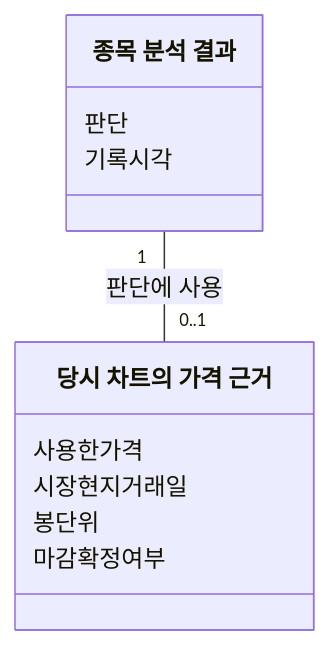
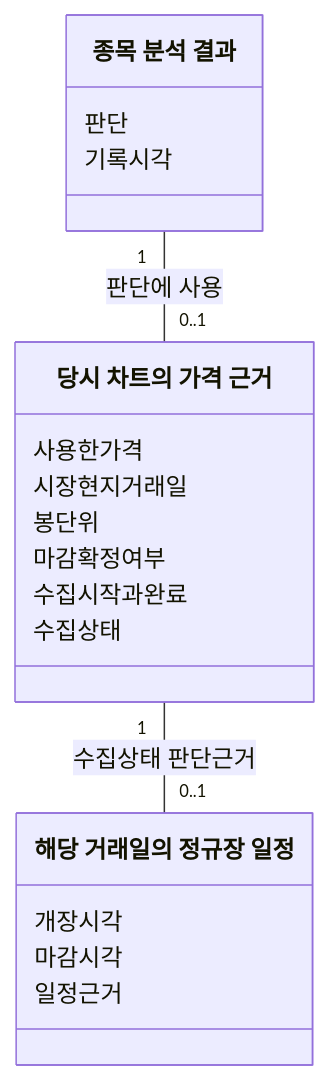
The second of 8 diagrams in design/analysis_time_basis_design.md (PhilPark-geosr/stock-agent), drawn with Mermaid before and after one commit. The commit also changed other lines of this file and 16 other files, not shown here.

````diff
--- a/design/analysis_time_basis_design.md
+++ b/design/analysis_time_basis_design.md
@@ -72,14 +100,22 @@
 ```mermaid
 classDiagram
     class Analysis["종목 분석 결과"] {
         판단
         기록시각
     }
     class Basis["당시 차트의 가격 근거"] {
         사용한가격
         시장현지거래일
         봉단위
         마감확정여부
+        수집시작과완료
+        수집상태
+    }
+    class Session["해당 거래일의 정규장 일정"] {
+        개장시각
+        마감시각
+        일정근거
     }
     Analysis "1" -- "0..1" Basis : 판단에 사용
+    Basis "1" -- "0..1" Session : 수집상태 판단근거
 ```
````
